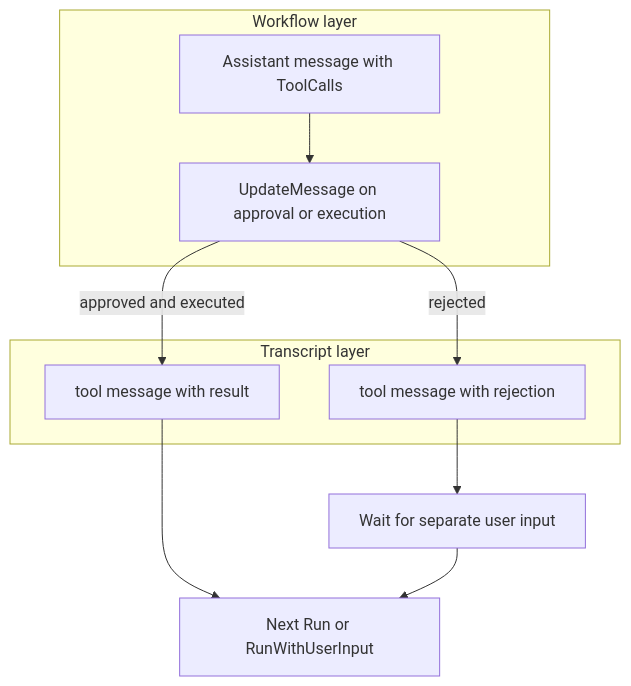
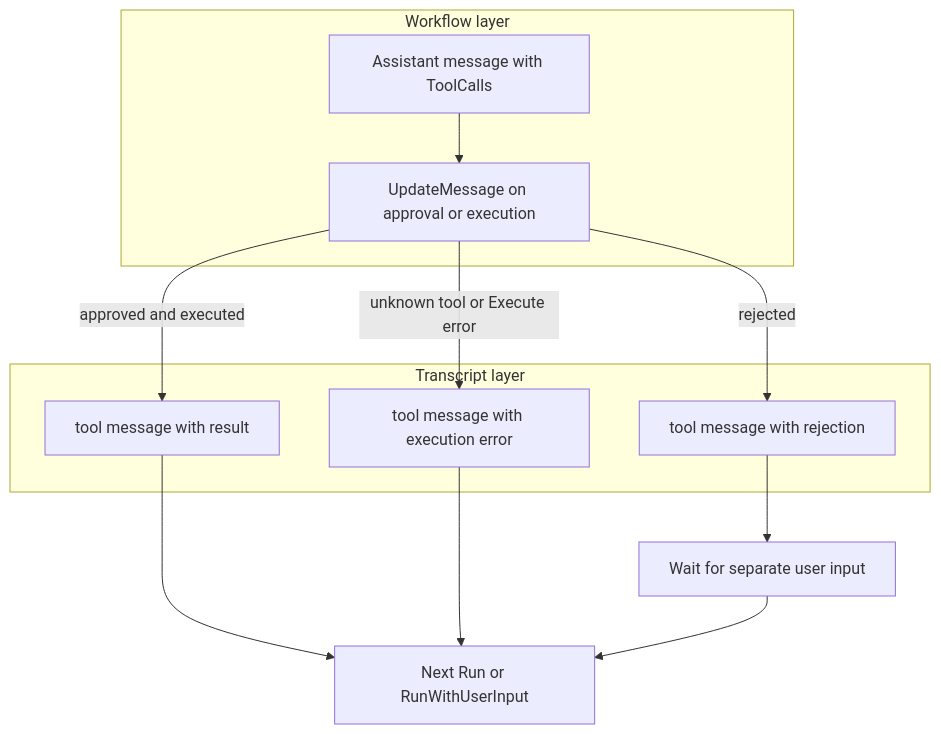
Before and after one commit to cgund98/gogent: the first of 2 diagrams in ARCHITECTURE.md, drawn with Mermaid. The commit also changed other lines of this file and 6 other files, not shown here.

Commit message:
update markdown documents to reflect latest architecture

````diff
--- a/ARCHITECTURE.md
+++ b/ARCHITECTURE.md
@@ -57,19 +72,22 @@
 ```mermaid
 flowchart TD
     subgraph workflow [Workflow layer]
         A1[Assistant message with ToolCalls]
         A2[UpdateMessage on approval or execution]
     end
 
     subgraph transcript [Transcript layer]
         T1[tool message with result]
         T2[tool message with rejection]
+        T3[tool message with execution error]
     end
 
     A1 --> A2
     A2 -->|approved and executed| T1
     A2 -->|rejected| T2
+    A2 -->|unknown tool or Execute error| T3
     T1 --> ModelTurn[Next Run or RunWithUserInput]
     T2 --> WaitForUser[Wait for separate user input]
+    T3 --> ModelTurn
     WaitForUser --> ModelTurn
 ```
````
